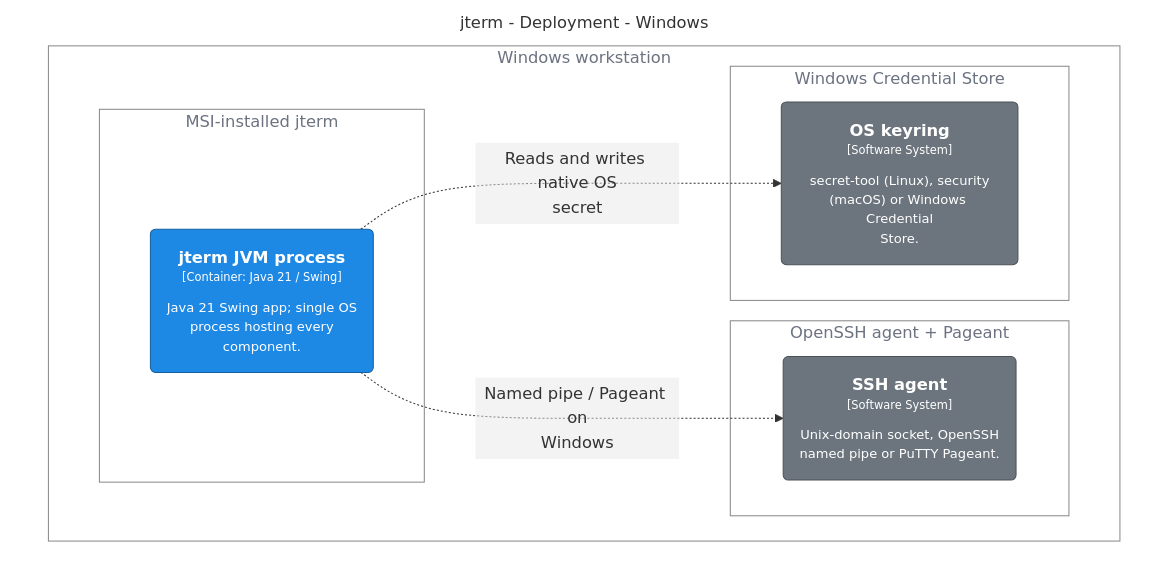
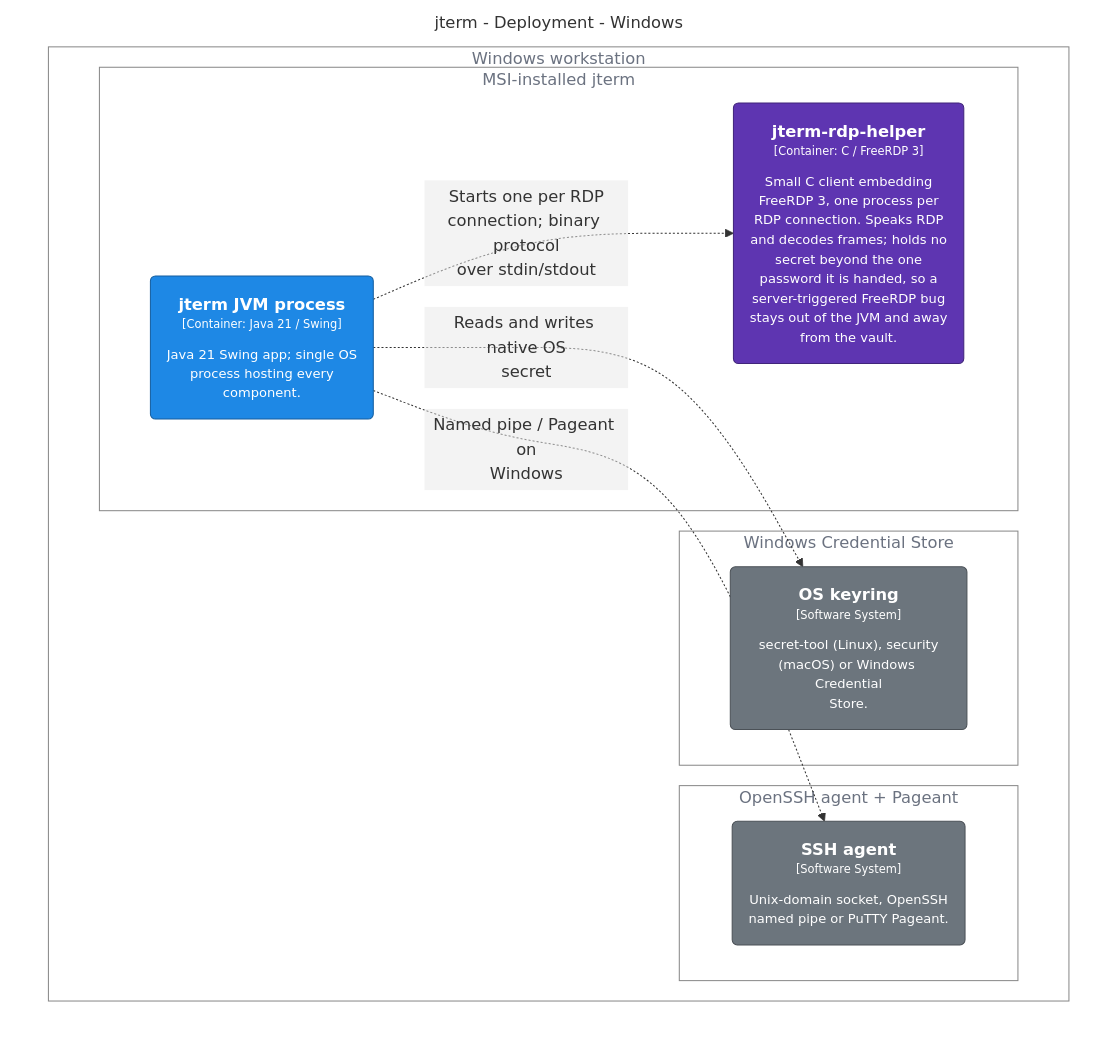
Before and after one commit to drecaise/jterm: the diagram in docs/architecture/model/generated/deployment-windows.mmd, drawn with Mermaid. The commit also changed 238 other files, not shown here.

```diff
--- a/docs/architecture/model/generated/deployment-windows.mmd
+++ b/docs/architecture/model/generated/deployment-windows.mmd
@@ -1,40 +1,43 @@
 ---
 config:
   flowchart:
     padding: 16
 ---
 %%{init: {'theme':'base','themeVariables':{'edgeLabelBackground':'transparent','lineColor':'#8b95a1','fontFamily':'-apple-system,BlinkMacSystemFont,"Segoe UI",Roboto,Helvetica,Arial,sans-serif','fontSize':'14px'},'flowchart':{'curve':'basis','useMaxWidth':true}}}%%
 graph TB
 
   subgraph diagram ["jterm - Deployment - Windows"]
     style diagram fill:transparent,stroke:transparent
 
-    subgraph 115 [Windows workstation]
-      style 115 fill:transparent,stroke:#888888,color:#6b7280
+    subgraph 156 [Windows workstation]
+      style 156 fill:transparent,stroke:#888888,color:#6b7280
 
-      subgraph 116 [MSI-installed jterm]
-        style 116 fill:transparent,stroke:#888888,color:#6b7280
+      subgraph 157 [MSI-installed jterm]
+        style 157 fill:transparent,stroke:#888888,color:#6b7280
 
-        117("<div style='font-weight: bold'>jterm JVM process</div><div style='font-size: 70%; margin-top: 0px'>[Container: Java 21 / Swing]</div><div style='font-size: 80%; margin-top:10px'>Java 21 Swing app; single OS<br />process hosting every<br />component.</div>")
-        style 117 fill:#1e88e5,stroke:#155fa0,color:#ffffff
+        158("<div style='font-weight: bold'>jterm JVM process</div><div style='font-size: 70%; margin-top: 0px'>[Container: Java 21 / Swing]</div><div style='font-size: 80%; margin-top:10px'>Java 21 Swing app; single OS<br />process hosting every<br />component.</div>")
+        style 158 fill:#1e88e5,stroke:#155fa0,color:#ffffff
+        159("<div style='font-weight: bold'>jterm-rdp-helper</div><div style='font-size: 70%; margin-top: 0px'>[Container: C / FreeRDP 3]</div><div style='font-size: 80%; margin-top:10px'>Small C client embedding<br />FreeRDP 3, one process per<br />RDP connection. Speaks RDP<br />and decodes frames; holds no<br />secret beyond the one<br />password it is handed, so a<br />server-triggered FreeRDP bug<br />stays out of the JVM and away<br />from the vault.</div>")
+        style 159 fill:#5e35b1,stroke:#41257b,color:#ffffff
       end
 
-      subgraph 118 [Windows Credential Store]
-        style 118 fill:transparent,stroke:#888888,color:#6b7280
+      subgraph 161 [Windows Credential Store]
+        style 161 fill:transparent,stroke:#888888,color:#6b7280
 
-        119("<div style='font-weight: bold'>OS keyring</div><div style='font-size: 70%; margin-top: 0px'>[Software System]</div><div style='font-size: 80%; margin-top:10px'>secret-tool (Linux), security<br />(macOS) or Windows Credential<br />Store.</div>")
-        style 119 fill:#6c757d,stroke:#4b5157,color:#ffffff
+        162("<div style='font-weight: bold'>OS keyring</div><div style='font-size: 70%; margin-top: 0px'>[Software System]</div><div style='font-size: 80%; margin-top:10px'>secret-tool (Linux), security<br />(macOS) or Windows Credential<br />Store.</div>")
+        style 162 fill:#6c757d,stroke:#4b5157,color:#ffffff
       end
 
-      subgraph 121 [OpenSSH agent + Pageant]
-        style 121 fill:transparent,stroke:#888888,color:#6b7280
+      subgraph 164 [OpenSSH agent + Pageant]
+        style 164 fill:transparent,stroke:#888888,color:#6b7280
 
-        122("<div style='font-weight: bold'>SSH agent</div><div style='font-size: 70%; margin-top: 0px'>[Software System]</div><div style='font-size: 80%; margin-top:10px'>Unix-domain socket, OpenSSH<br />named pipe or PuTTY Pageant.</div>")
-        style 122 fill:#6c757d,stroke:#4b5157,color:#ffffff
+        165("<div style='font-weight: bold'>SSH agent</div><div style='font-size: 70%; margin-top: 0px'>[Software System]</div><div style='font-size: 80%; margin-top:10px'>Unix-domain socket, OpenSSH<br />named pipe or PuTTY Pageant.</div>")
+        style 165 fill:#6c757d,stroke:#4b5157,color:#ffffff
       end
 
     end
 
-    117-. "<div style='padding:4px 8px'><div>Reads and writes native OS<br />secret</div><div style='font-size: 70%'></div></div>" .->119
-    117-. "<div style='padding:4px 8px'><div>Named pipe / Pageant on<br />Windows</div><div style='font-size: 70%'></div></div>" .->122
+    158-. "<div style='padding:4px 8px'><div>Starts one per RDP<br />connection; binary protocol<br />over stdin/stdout</div><div style='font-size: 70%'></div></div>" .->159
+    158-. "<div style='padding:4px 8px'><div>Reads and writes native OS<br />secret</div><div style='font-size: 70%'></div></div>" .->162
+    158-. "<div style='padding:4px 8px'><div>Named pipe / Pageant on<br />Windows</div><div style='font-size: 70%'></div></div>" .->165
   end
```
